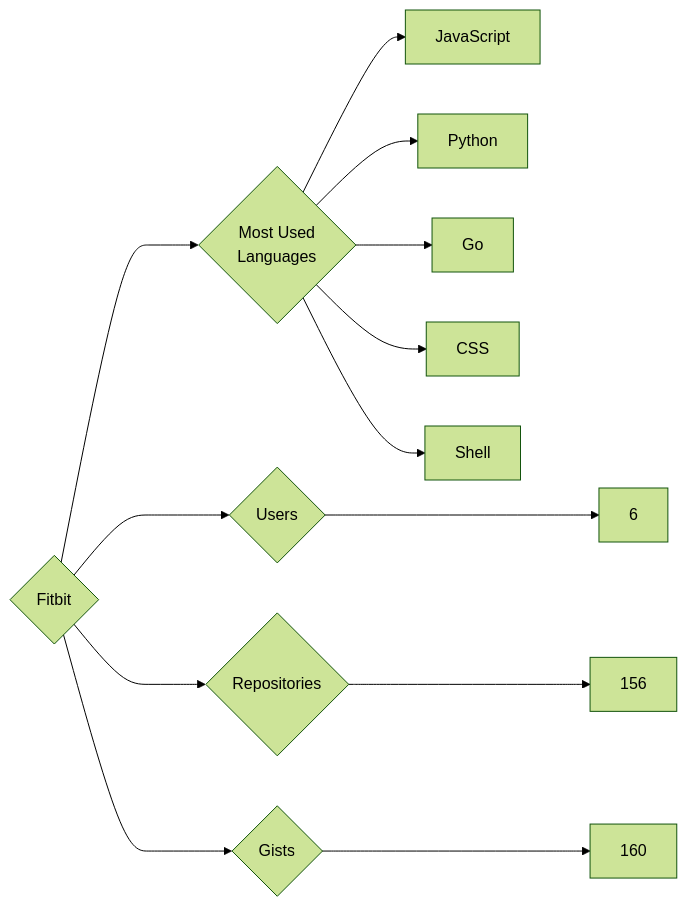
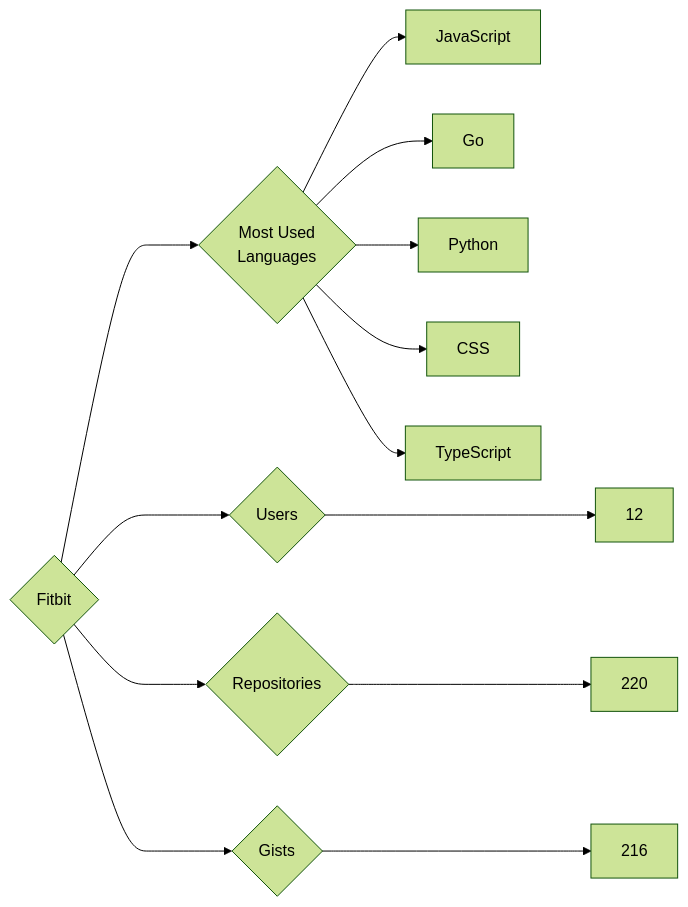
One commit to trickest/insiders changed the diagram in targets/Fitbit/README.md. Above: the diagram before and after it, drawn with Mermaid (forest theme). The commit also changed 900 other files, not shown here.

````diff
--- a/targets/Fitbit/README.md
+++ b/targets/Fitbit/README.md
@@ -3,13 +3,13 @@
 ```mermaid
 graph LR
 COMPANY_NAME{Fitbit}
-COMPANY_NAME ---> U{Users} ---> UN[6]
-COMPANY_NAME ---> R{Repositories} ---> RN[156]
-COMPANY_NAME ---> G{Gists} ---> GN[160]
+COMPANY_NAME ---> U{Users} ---> UN[12]
+COMPANY_NAME ---> R{Repositories} ---> RN[220]
+COMPANY_NAME ---> G{Gists} ---> GN[216]
 COMPANY_NAME ---> ML{Most Used<br>Languages}
 ML --> JavaScript[JavaScript]
+ML --> Go[Go]
 ML --> Python[Python]
-ML --> Go[Go]
 ML --> CSS[CSS]
-ML --> Shell[Shell]
+ML --> TypeScript[TypeScript]
 ```
````
